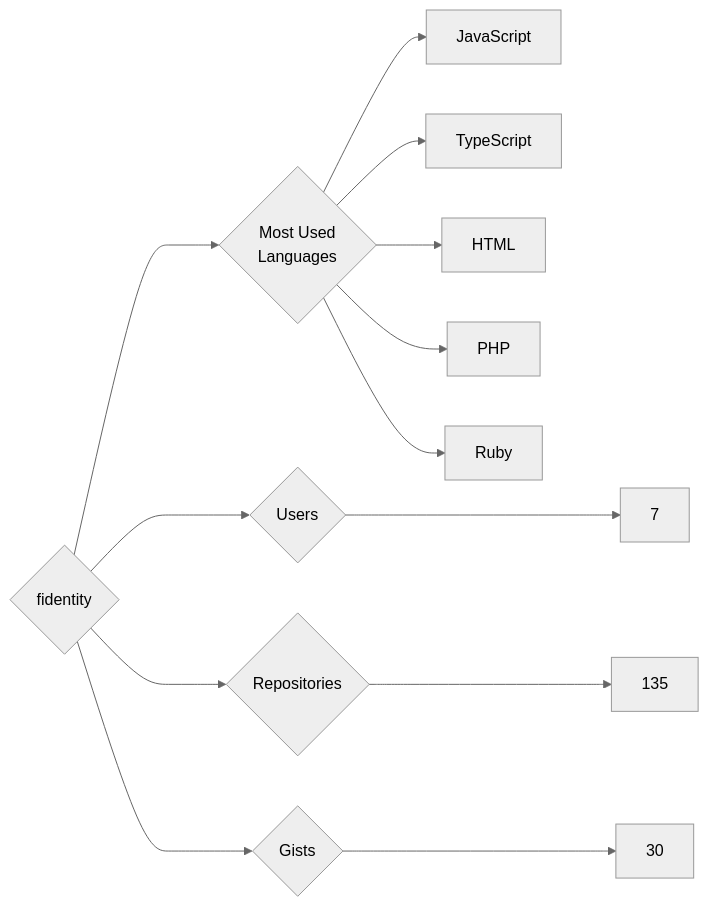
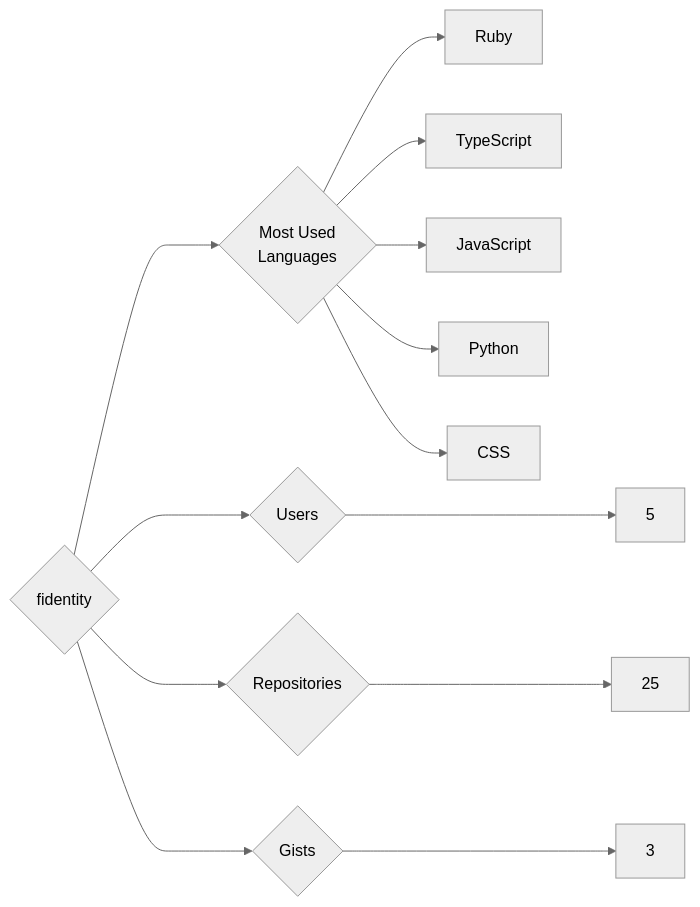
One commit to trickest/insiders changed the diagram in targets/fidentity/README.md. Above: the diagram before and after it, drawn with Mermaid (neutral theme). The commit also changed 1141 other files, not shown here.

````diff
--- a/targets/fidentity/README.md
+++ b/targets/fidentity/README.md
@@ -3,13 +3,13 @@
 ```mermaid
 graph LR
 COMPANY_NAME{fidentity}
-COMPANY_NAME ---> U{Users} ---> UN[7]
-COMPANY_NAME ---> R{Repositories} ---> RN[135]
-COMPANY_NAME ---> G{Gists} ---> GN[30]
+COMPANY_NAME ---> U{Users} ---> UN[5]
+COMPANY_NAME ---> R{Repositories} ---> RN[25]
+COMPANY_NAME ---> G{Gists} ---> GN[3]
 COMPANY_NAME ---> ML{Most Used<br>Languages}
+ML --> Ruby[Ruby]
+ML --> TypeScript[TypeScript]
 ML --> JavaScript[JavaScript]
-ML --> TypeScript[TypeScript]
-ML --> HTML[HTML]
-ML --> PHP[PHP]
-ML --> Ruby[Ruby]
+ML --> Python[Python]
+ML --> CSS[CSS]
 ```
````
